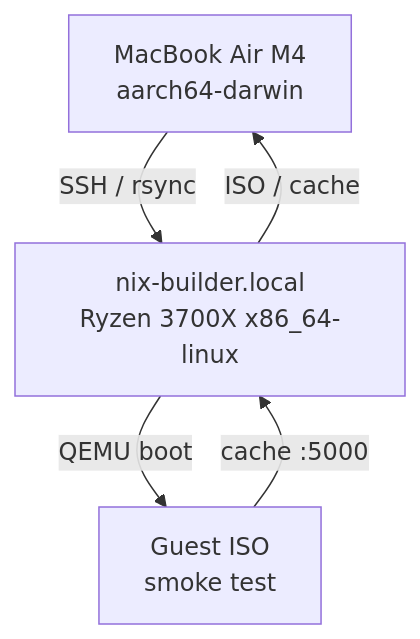
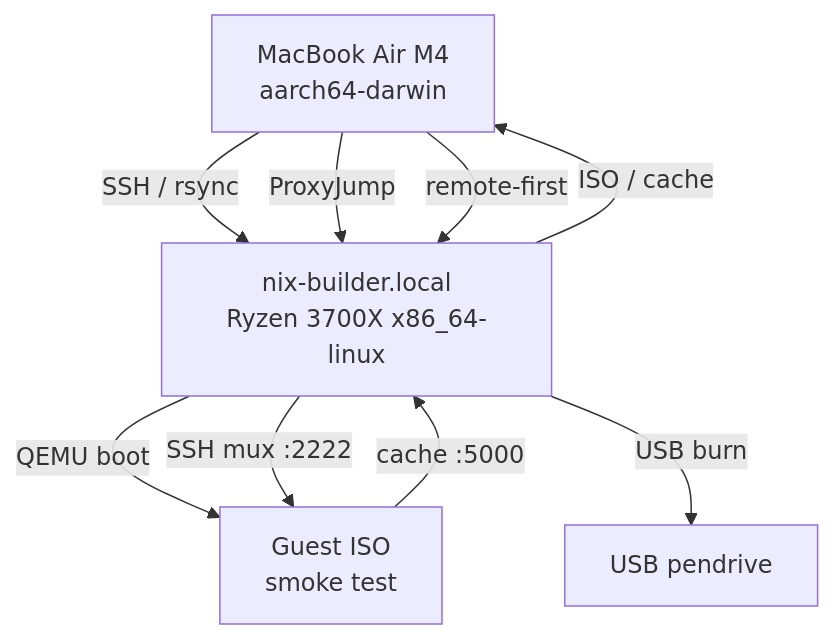
The second of 5 diagrams in README.md (pr0d1r2/nixos-nix-builder), drawn with Mermaid before and after one commit. The commit also changed 2 other files, not shown here.

Commit message:
Compact changelog for release
Group entries by theme, remove per-commit noise. 166 → 68 lines.

````diff
--- a/README.md
+++ b/README.md
@@ -74,7 +74,10 @@
 ```mermaid
 graph TD
     Dev[MacBook Air M4<br>aarch64-darwin] -->|SSH / rsync| Builder[nix-builder.local<br>Ryzen 3700X x86_64-linux]
     Builder -->|ISO / cache| Dev
     Builder -->|QEMU boot| Guest[Guest ISO<br>smoke test]
     Guest -->|cache :5000| Builder
+    Dev -->|ProxyJump| Builder -->|SSH mux :2222| Guest
+    Dev -->|remote-first| Builder
+    Builder -->|USB burn| Pendrive[USB pendrive]
 ```
````
